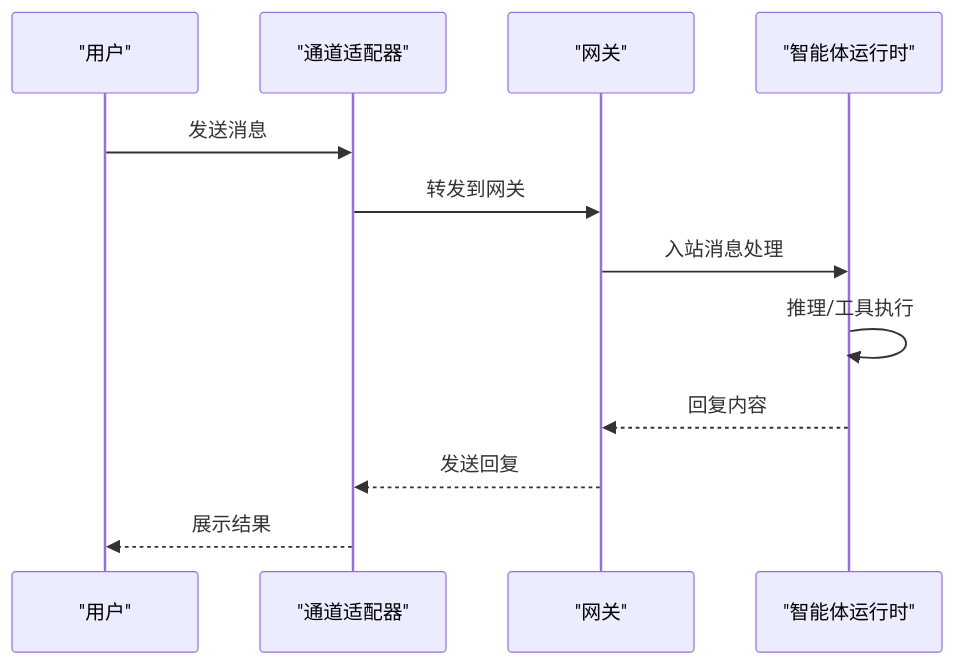
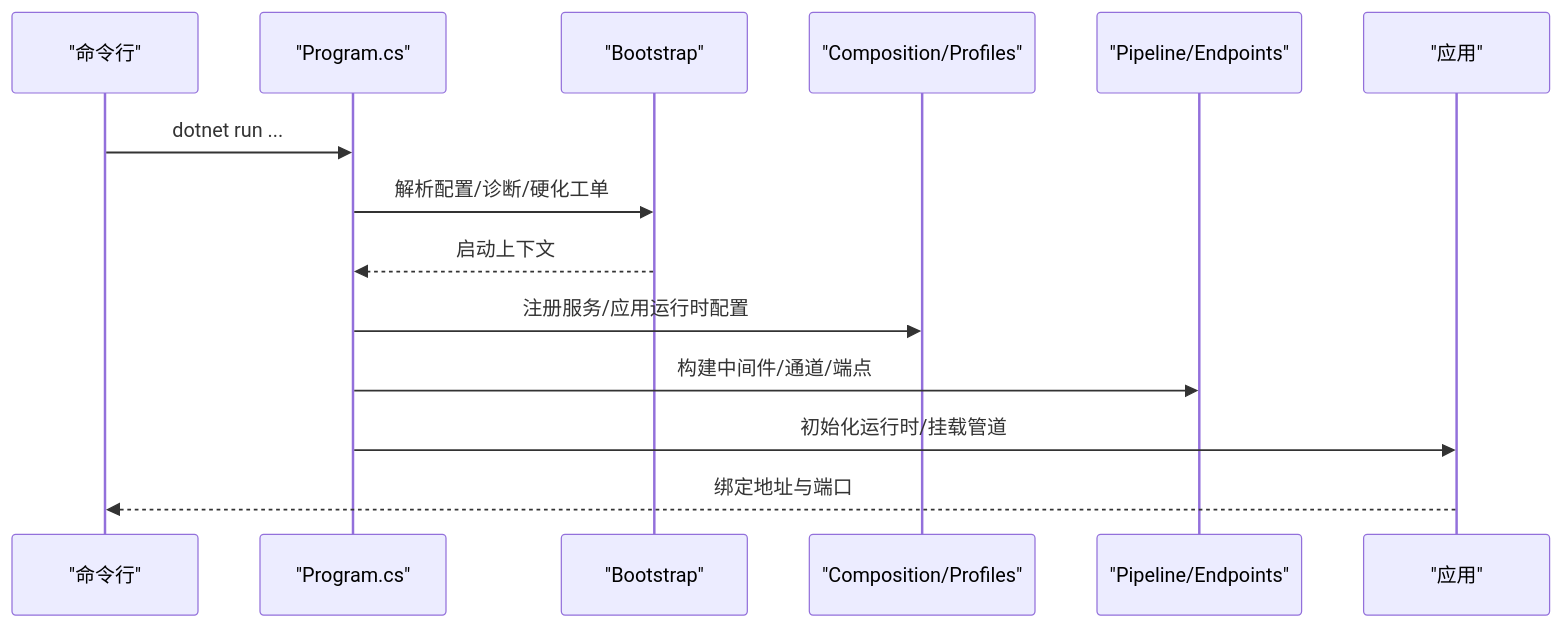
One commit to wayyet/kingcrab changed the sixth of 7 diagrams in .qoder/repowiki/zh/content/项目概述/项目概述.md. Above: the diagram before and after it, drawn with Mermaid. The commit also changed other lines of this file and 173 other files, not shown here.

````diff
--- a/.qoder/repowiki/zh/content/项目概述/项目概述.md
+++ b/.qoder/repowiki/zh/content/项目概述/项目概述.md
@@ -257,14 +283,16 @@
 ```mermaid
 sequenceDiagram
-participant User as "用户"
-participant Channel as "通道适配器"
-participant Gateway as "网关"
-participant Agent as "智能体运行时"
-User->>Channel : 发送消息
-Channel->>Gateway : 转发到网关
-Gateway->>Agent : 入站消息处理
-Agent->>Agent : 推理/工具执行
-Agent-->>Gateway : 回复内容
-Gateway-->>Channel : 发送回复
-Channel-->>User : 展示结果
+participant CLI as "命令行"
+participant Program as "Program.cs"
+participant Boot as "Bootstrap"
+participant Compose as "Composition/Profiles"
+participant Pipe as "Pipeline/Endpoints"
+participant App as "应用"
+CLI->>Program : dotnet run ...
+Program->>Boot : 解析配置/诊断/硬化工单
+Boot-->>Program : 启动上下文
+Program->>Compose : 注册服务/应用运行时配置
+Program->>Pipe : 构建中间件/通道/端点
+Program->>App : 初始化运行时/挂载管道
+App-->>CLI : 绑定地址与端口
 ```
````
